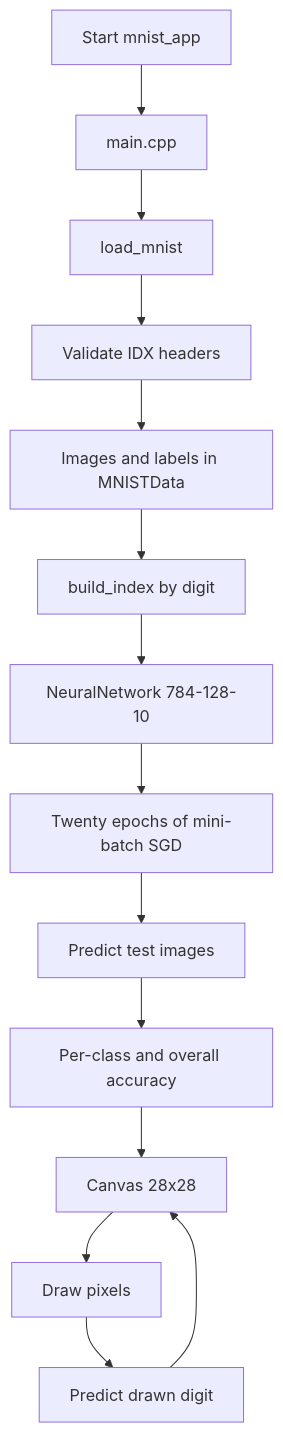
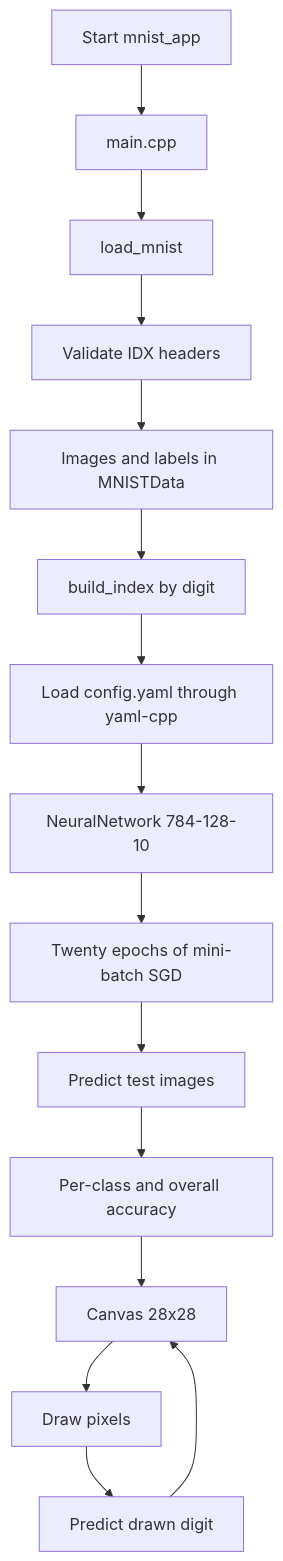
Before and after one commit to jirahandler/baremetal-mnist-cpp-ml: the third of 26 diagrams in README.md, drawn with Mermaid. The commit also changed other lines of this file and 9 other files, not shown here.

````diff
--- a/README.md
+++ b/README.md
@@ -335,16 +364,17 @@
 ```mermaid
 flowchart TD
     A[Start mnist_app] --> B[main.cpp]
     B --> C[load_mnist]
     C --> D[Validate IDX headers]
     D --> E[Images and labels in MNISTData]
     E --> F[build_index by digit]
-    F --> G[NeuralNetwork 784-128-10]
-    G --> H[Twenty epochs of mini-batch SGD]
-    H --> I[Predict test images]
-    I --> J[Per-class and overall accuracy]
-    J --> K[Canvas 28x28]
-    K --> L[Draw pixels]
-    L --> M[Predict drawn digit]
-    M --> K
+    F --> G[Load config.yaml through yaml-cpp]
+    G --> H[NeuralNetwork 784-128-10]
+    H --> I[Twenty epochs of mini-batch SGD]
+    I --> J[Predict test images]
+    J --> K[Per-class and overall accuracy]
+    K --> L[Canvas 28x28]
+    L --> M[Draw pixels]
+    M --> N[Predict drawn digit]
+    N --> L
 ```
````
